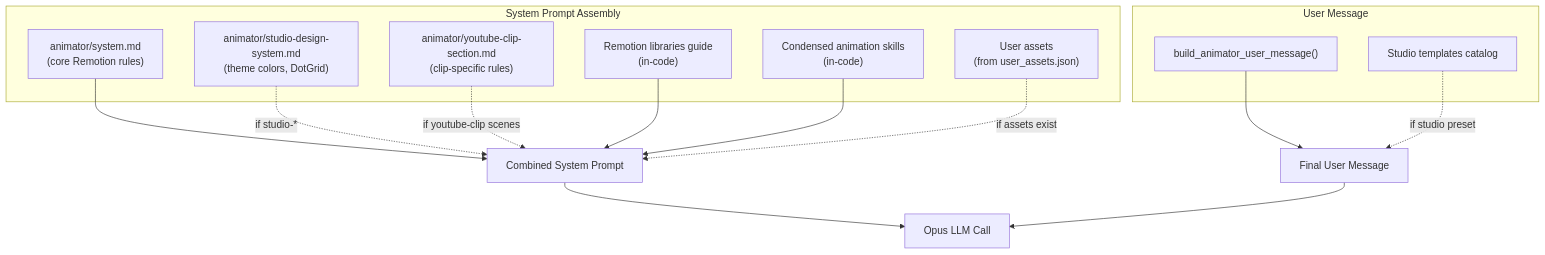
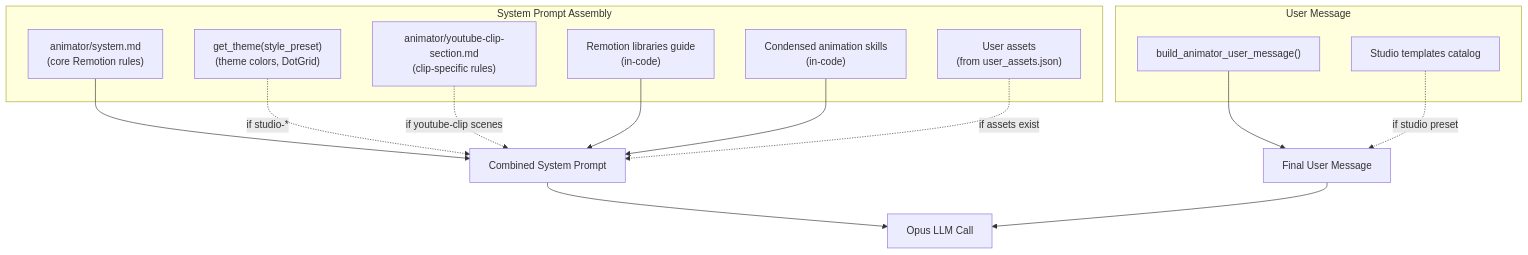
One commit to rhythmshandlya/viona changed the third of 6 diagrams in packages/worker/src/prompts/README.md. Above: the diagram before and after it, drawn with Mermaid. The commit also changed other lines of this file and 5 other files, not shown here.

````diff
--- a/packages/worker/src/prompts/README.md
+++ b/packages/worker/src/prompts/README.md
@@ -175,29 +148,29 @@
 ```mermaid
 graph TB
     subgraph "System Prompt Assembly"
         BASE["animator/system.md<br/>(core Remotion rules)"]
-        STUDIO_SEC["animator/studio-design-system.md<br/>(theme colors, DotGrid)"]
+        STUDIO_SEC["get_theme(style_preset)<br/>(theme colors, DotGrid)"]
         YT_SEC["animator/youtube-clip-section.md<br/>(clip-specific rules)"]
         LIBS["Remotion libraries guide<br/>(in-code)"]
         SKILLS["Condensed animation skills<br/>(in-code)"]
         ASSETS["User assets<br/>(from user_assets.json)"]
     end
 
     BASE --> COMBINED["Combined System Prompt"]
     STUDIO_SEC -.->|"if studio-*"| COMBINED
     YT_SEC -.->|"if youtube-clip scenes"| COMBINED
     LIBS --> COMBINED
     SKILLS --> COMBINED
     ASSETS -.->|"if assets exist"| COMBINED
 
     subgraph "User Message"
         ANIM_USER["build_animator_user_message()"]
         TMPL_CAT["Studio templates catalog"]
     end
 
     ANIM_USER --> USER_MSG["Final User Message"]
     TMPL_CAT -.->|"if studio preset"| USER_MSG
 
     COMBINED --> LLM["Opus LLM Call"]
     USER_MSG --> LLM
 ```
````
